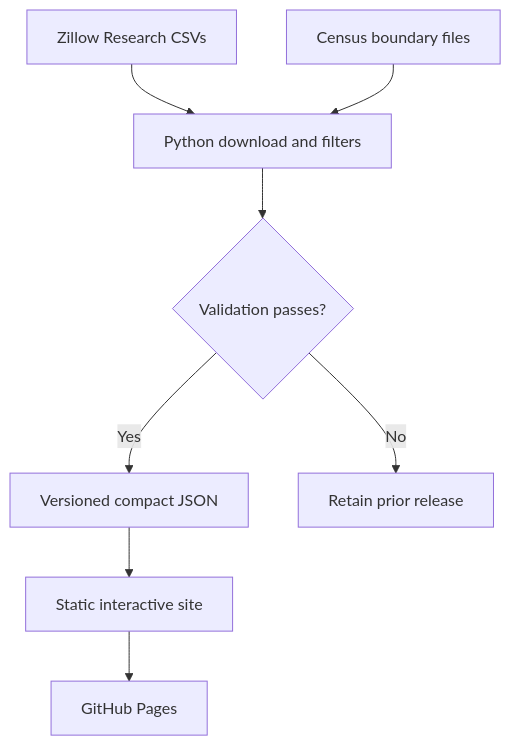
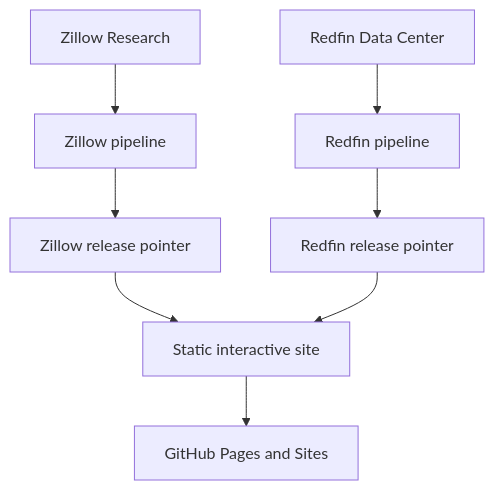
One commit to desenlin/housing-market-lab changed the diagram in README.md. Above: the diagram before and after it, drawn with Mermaid. The commit also changed other lines of this file and 9 other files, not shown here.

````diff
--- a/README.md
+++ b/README.md
@@ -36,10 +39,10 @@
 ```mermaid
 flowchart TD
-  A[Zillow Research CSVs] --> B[Python download and filters]
-  C[Census boundary files] --> B
-  B --> D{Validation passes?}
-  D -- Yes --> E[Versioned compact JSON]
-  D -- No --> F[Retain prior release]
+  A[Zillow Research] --> C[Zillow pipeline]
+  B[Redfin Data Center] --> D[Redfin pipeline]
+  C --> E[Zillow release pointer]
+  D --> F[Redfin release pointer]
   E --> G[Static interactive site]
-  G --> H[GitHub Pages]
+  F --> G
+  G --> H[GitHub Pages and Sites]
 ```
````
